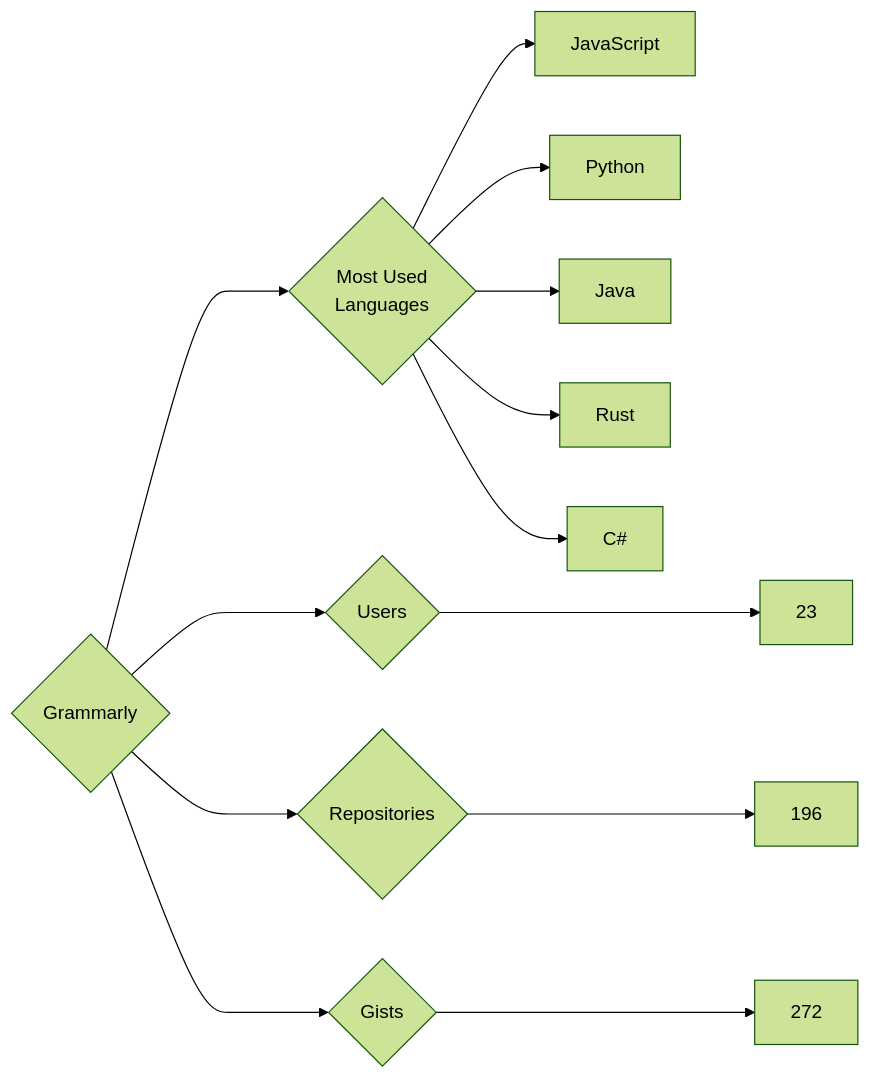
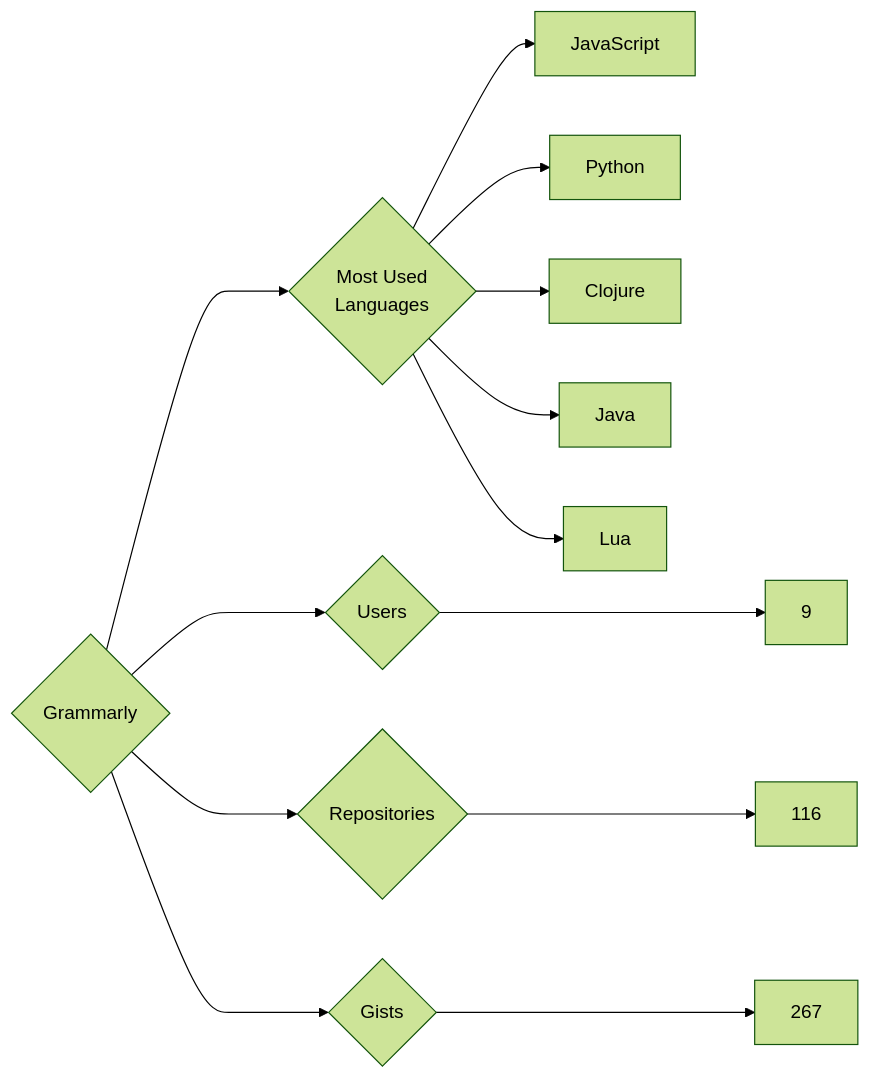
One commit to trickest/insiders changed the diagram in targets/Grammarly/README.md. Above: the diagram before and after it, drawn with Mermaid (forest theme). The commit also changed 888 other files, not shown here.

````diff
--- a/targets/Grammarly/README.md
+++ b/targets/Grammarly/README.md
@@ -3,13 +3,13 @@
 ```mermaid
 graph LR
 COMPANY_NAME{Grammarly}
-COMPANY_NAME ---> U{Users} ---> UN[23]
-COMPANY_NAME ---> R{Repositories} ---> RN[196]
-COMPANY_NAME ---> G{Gists} ---> GN[272]
+COMPANY_NAME ---> U{Users} ---> UN[9]
+COMPANY_NAME ---> R{Repositories} ---> RN[116]
+COMPANY_NAME ---> G{Gists} ---> GN[267]
 COMPANY_NAME ---> ML{Most Used<br>Languages}
 ML --> JavaScript[JavaScript]
 ML --> Python[Python]
+ML --> Clojure[Clojure]
 ML --> Java[Java]
-ML --> Rust[Rust]
-ML --> C#[C#]
+ML --> Lua[Lua]
 ```
````
